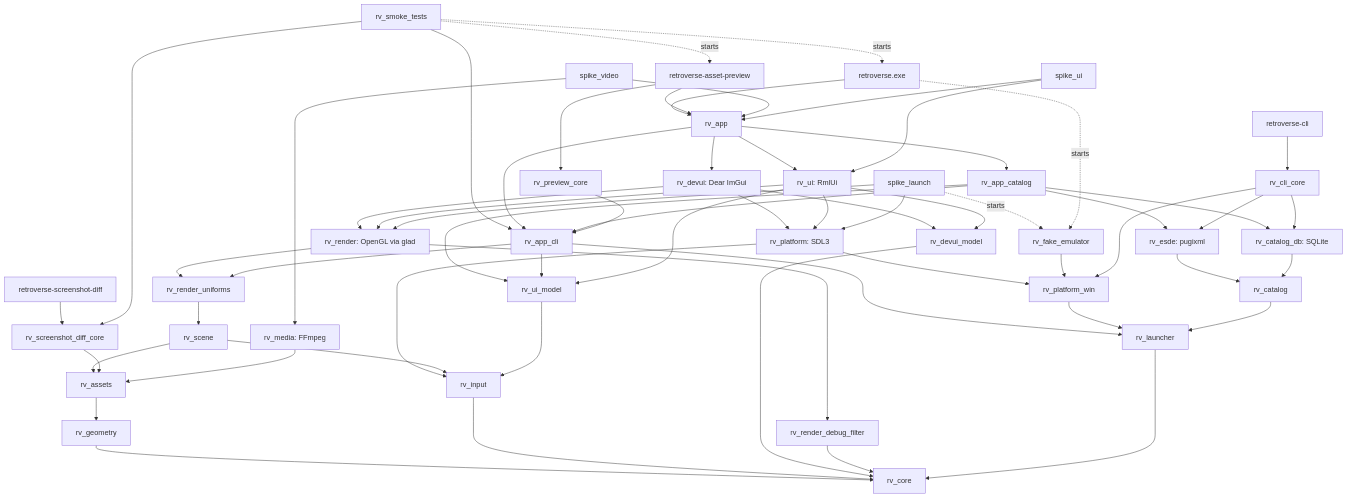
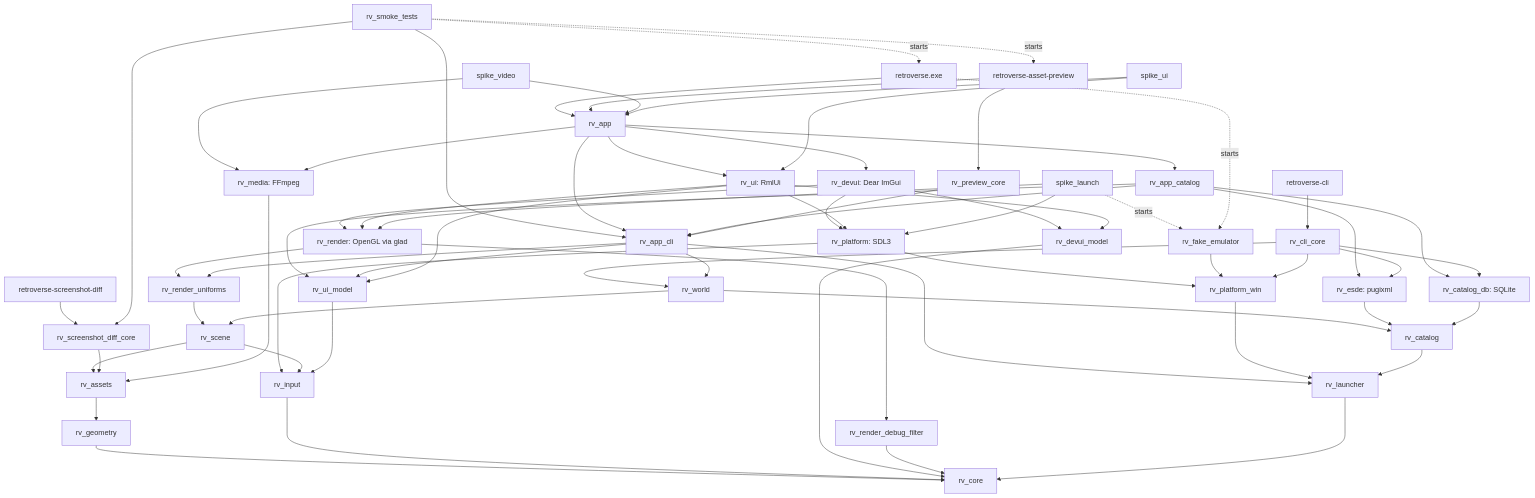
The diagram in docs/architecture.md (pingumen96/retroverse), drawn with Mermaid before and after one commit. The commit also changed other lines of this file and 195 other files, not shown here.

````diff
--- a/docs/architecture.md
+++ b/docs/architecture.md
@@ -71,63 +74,68 @@
 ```mermaid
 flowchart TD
     retroverse[retroverse.exe] --> app[rv_app]
     preview[retroverse-asset-preview] --> app
     preview --> previewCore[rv_preview_core]
     diffTool[retroverse-screenshot-diff] --> diffCore[rv_screenshot_diff_core]
     smoke[rv_smoke_tests] -. starts .-> retroverse
     smoke -. starts .-> preview
     smoke --> diffCore
     smoke --> appCli
     app --> devui[rv_devui: Dear ImGui]
     app --> ui
     app --> appCli[rv_app_cli]
     app --> appCatalog[rv_app_catalog]
     appCatalog --> appCli
     appCatalog --> esde
     appCatalog --> catalogDb
     appCatalog --> uiModel
     devui --> render[rv_render: OpenGL via glad]
     devui --> platform[rv_platform: SDL3]
     devui --> devuiModel[rv_devui_model]
     render --> uniforms[rv_render_uniforms]
     render --> debugFilter[rv_render_debug_filter]
     previewCore --> appCli
     appCli --> uniforms
     appCli --> launcher
     appCli --> uiModel
     uniforms --> scene[rv_scene]
     platform --> input[rv_input]
     scene --> assets[rv_assets]
     scene --> input
     diffCore --> assets
     assets --> geometry[rv_geometry]
     geometry --> core[rv_core]
     input --> core
     devuiModel --> core
     debugFilter --> core
     spikeVideo[spike_video] --> app
     spikeVideo --> media[rv_media: FFmpeg]
     media --> assets
     spikeUi[spike_ui] --> ui[rv_ui: RmlUi]
     spikeUi --> app
     ui --> uiModel[rv_ui_model]
     ui --> render
     ui --> platform
     ui --> devuiModel
     uiModel --> input
     spikeLaunch[spike_launch] --> platform
     spikeLaunch --> render
     spikeLaunch -. starts .-> fakeEmulator[rv_fake_emulator]
     retroverse -. starts .-> fakeEmulator
     platform --> platformWin[rv_platform_win]
     platformWin --> launcher[rv_launcher]
     fakeEmulator --> platformWin
     launcher --> core
     cli[retroverse-cli] --> cliCore[rv_cli_core]
     cliCore --> esde[rv_esde: pugixml]
     cliCore --> catalogDb[rv_catalog_db: SQLite]
     cliCore --> platformWin
+    cliCore --> world[rv_world]
+    appCli --> world
+    app --> media
+    world --> catalog
+    world --> scene
     esde --> catalog[rv_catalog]
     catalogDb --> catalog
     catalog --> launcher
 ```
````
